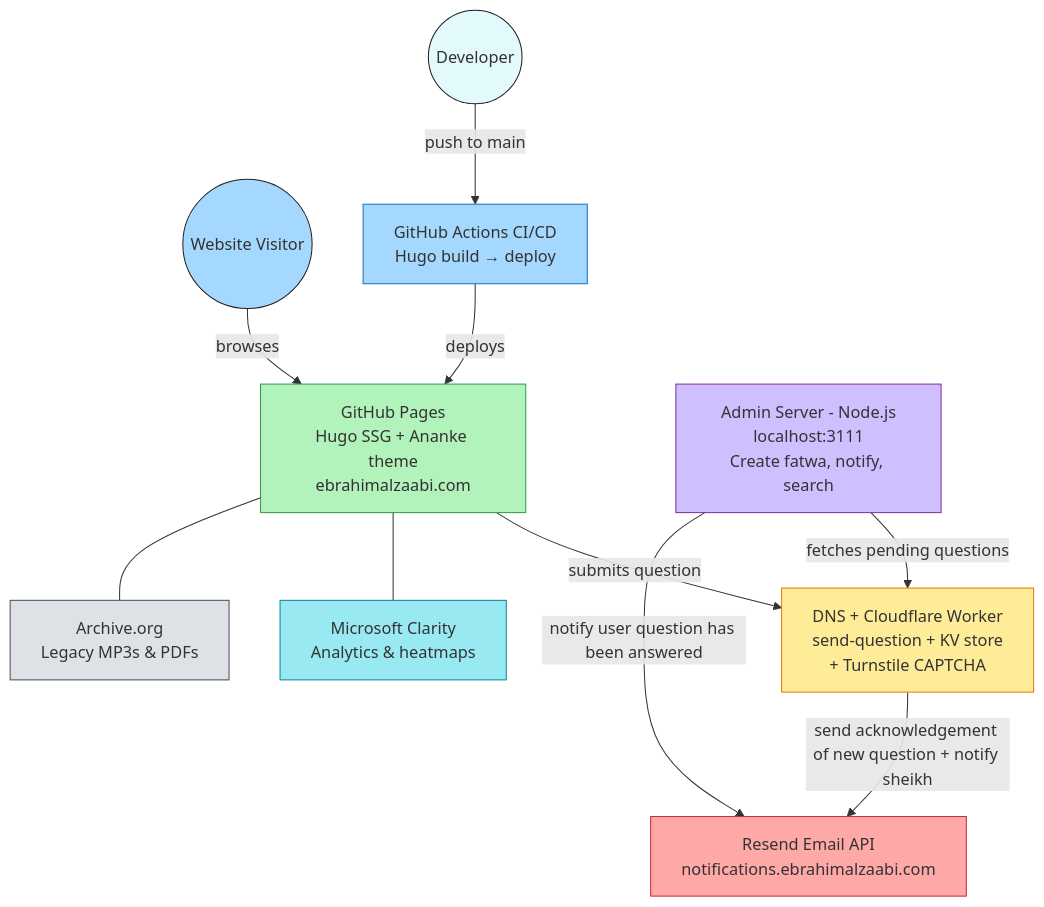
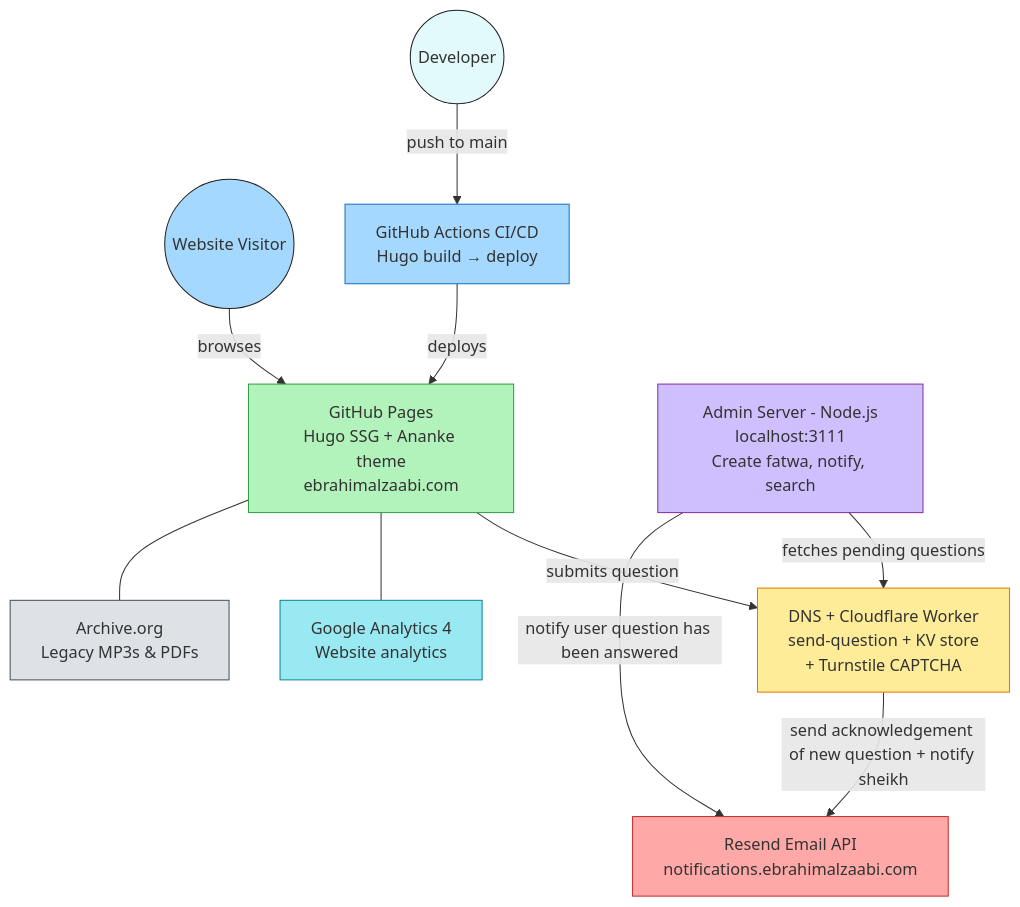
The diagram in README.md (ebrahimalzaabi-seed/ebrahimalzaabi.com), drawn with Mermaid before and after one commit. The commit also changed other lines of this file and 1 other file, not shown here.

Commit message:
Update root README: replace Clarity with GA4, add analytics-proxy worker docs, remove analytics-proxy README

````diff
--- a/README.md
+++ b/README.md
@@ -7,28 +7,28 @@
 ```mermaid
 graph TD
     Visitor((Website Visitor))
     Dev((Developer))
 
     Visitor -->|browses| GHP[GitHub Pages<br/>Hugo SSG + Ananke theme<br/>ebrahimalzaabi.com]
     GHP -->|submits question| CF[DNS + Cloudflare Worker<br/>send-question + KV store<br/>+ Turnstile CAPTCHA]
 
-    GHP --- Clarity[Microsoft Clarity<br/>Analytics & heatmaps]
+    GHP --- GA4[Google Analytics 4<br/>Website analytics]
     GHP --- Archive[Archive.org<br/>Legacy MP3s & PDFs]
     Dev -->|push to main| CICD[GitHub Actions CI/CD<br/>Hugo build → deploy]
     CICD -->|deploys| GHP
 
     CF -->|send acknowledgement of new question + notify sheikh| Resend[Resend Email API<br/>notifications.ebrahimalzaabi.com]
 
     Admin[Admin Server - Node.js<br/>localhost:3111<br/>Create fatwa, notify, search] -->|fetches pending questions| CF
     Admin -->|notify user question has been answered| Resend
 
     style Dev fill:#e3fafc,stroke:#1e1e1e
     style Visitor fill:#a5d8ff,stroke:#1e1e1e
     style GHP fill:#b2f2bb,stroke:#2f9e44
     style CF fill:#ffec99,stroke:#e67700
     style Admin fill:#d0bfff,stroke:#862e9c
     style Resend fill:#ffa8a8,stroke:#c92a2a
     style CICD fill:#a5d8ff,stroke:#1971c2
-    style Clarity fill:#99e9f2,stroke:#0c8599
+    style GA4 fill:#99e9f2,stroke:#0c8599
     style Archive fill:#dee2e6,stroke:#495057
 ```
````
